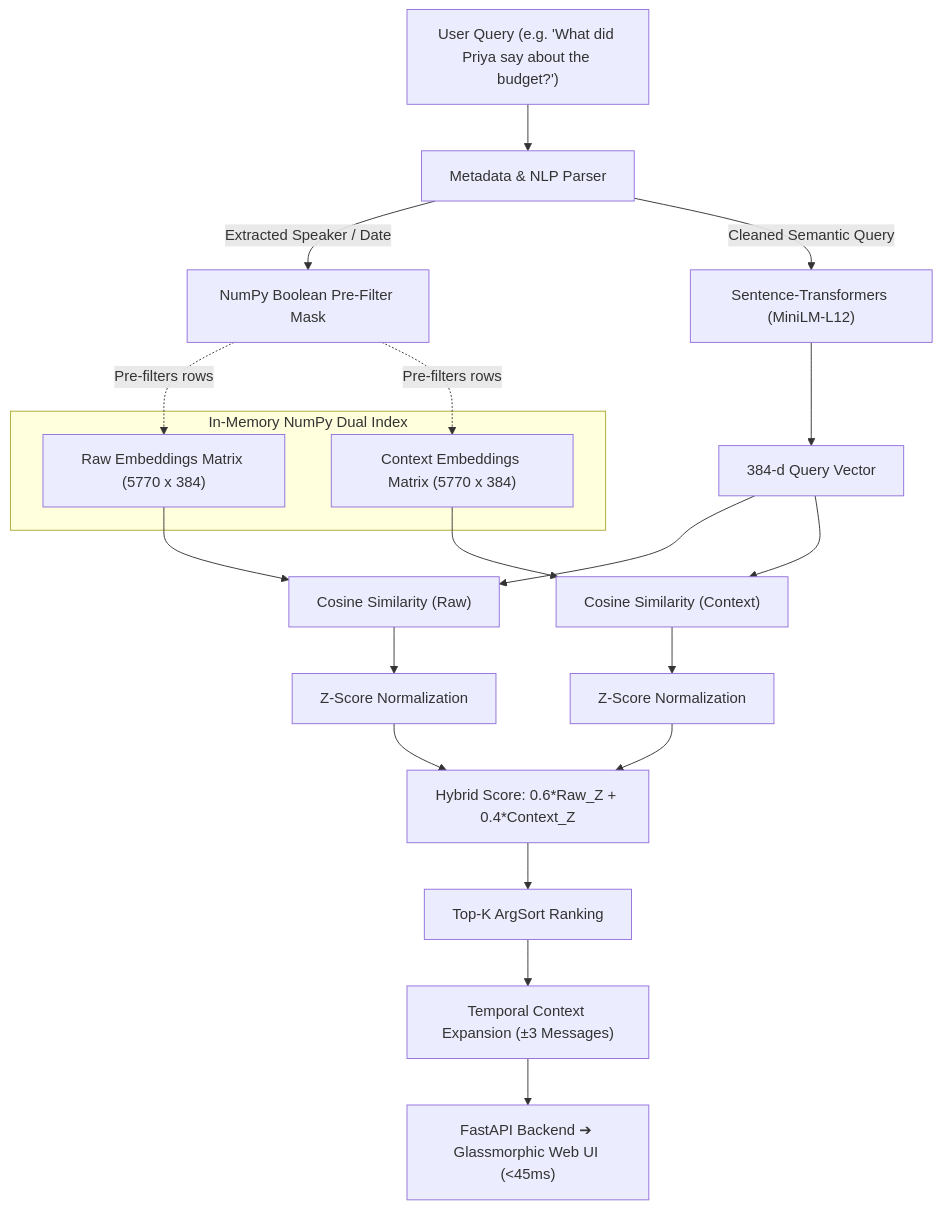
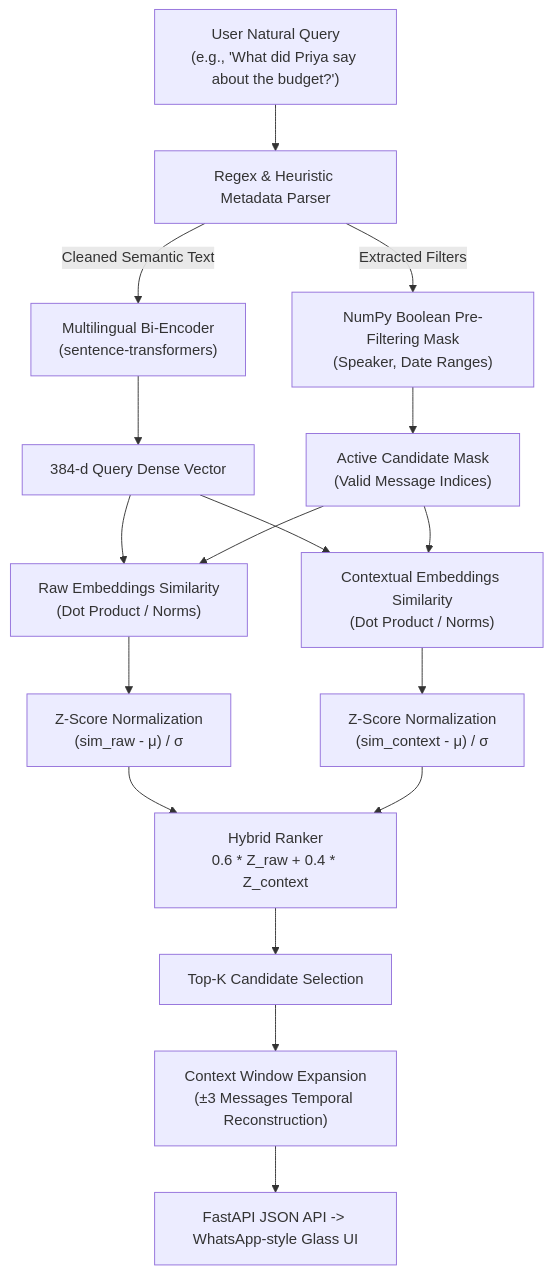
The diagram in README.md (Kasak-13/YapSearch), drawn with Mermaid before and after one commit. The commit also changed other lines of this file and 1 other file, not shown here.

Commit message:
docs: enhance README with architecture diagram, technical highlights, and engineering problem breakdown

````diff
--- a/README.md
+++ b/README.md
@@ -26,33 +26,23 @@
 ```mermaid
 flowchart TD
-    UserQuery["User Query (e.g. 'What did Priya say about the budget?')"] --> Parser["Metadata & NLP Parser"]
+    UserQuery["User Natural Query\n(e.g., 'What did Priya say about the budget?')"] --> Parser["Regex & Heuristic Metadata Parser"]
     
-    Parser -->|"Extracted Speaker / Date"| BoolMask["NumPy Boolean Pre-Filter Mask"]
-    Parser -->|"Cleaned Semantic Query"| Model["Sentence-Transformers (MiniLM-L12)"]
+    Parser -->|"Extracted Filters"| FilterEngine["NumPy Boolean Pre-Filtering Mask\n(Speaker, Date Ranges)"]
+    Parser -->|"Cleaned Semantic Text"| Embedder["Multilingual Bi-Encoder\n(sentence-transformers)"]
     
-    Model --> QueryVec["384-d Query Vector"]
+    Embedder --> QueryVector["384-d Query Dense Vector"]
     
-    subgraph In-Memory NumPy Dual Index
-        RawEmbeds["Raw Embeddings Matrix (5770 x 384)"]
-        ContextEmbeds["Context Embeddings Matrix (5770 x 384)"]
-    end
+    FilterEngine --> PreFilter["Active Candidate Mask\n(Valid Message Indices)"]
     
-    BoolMask -.->|"Pre-filters rows"| RawEmbeds
-    BoolMask -.->|"Pre-filters rows"| ContextEmbeds
+    QueryVector & PreFilter --> RawSim["Raw Embeddings Similarity\n(Dot Product / Norms)"]
+    QueryVector & PreFilter --> CtxSim["Contextual Embeddings Similarity\n(Dot Product / Norms)"]
     
-    QueryVec --> DotRaw["Cosine Similarity (Raw)"]
-    QueryVec --> DotCtx["Cosine Similarity (Context)"]
+    RawSim --> RawZ["Z-Score Normalization\n(sim_raw - μ) / σ"]
+    CtxSim --> CtxZ["Z-Score Normalization\n(sim_context - μ) / σ"]
     
-    RawEmbeds --> DotRaw
-    ContextEmbeds --> DotCtx
+    RawZ & CtxZ --> HybridScore["Hybrid Ranker\n0.6 * Z_raw + 0.4 * Z_context"]
     
-    DotRaw --> ZRaw["Z-Score Normalization"]
-    DotCtx --> ZCtx["Z-Score Normalization"]
-    
-    ZRaw --> Hybrid["Hybrid Score: 0.6*Raw_Z + 0.4*Context_Z"]
-    ZCtx --> Hybrid
-    
-    Hybrid --> TopK["Top-K ArgSort Ranking"]
-    TopK --> Expansion["Temporal Context Expansion (±3 Messages)"]
-    Expansion --> UI["FastAPI Backend ➔ Glassmorphic Web UI (<45ms)"]
+    HybridScore --> TopK["Top-K Candidate Selection"]
+    TopK --> ContextExpander["Context Window Expansion\n(±3 Messages Temporal Reconstruction)"]
+    ContextExpander --> UIResponse["FastAPI JSON API -> WhatsApp-style Glass UI"]
 ```
````
